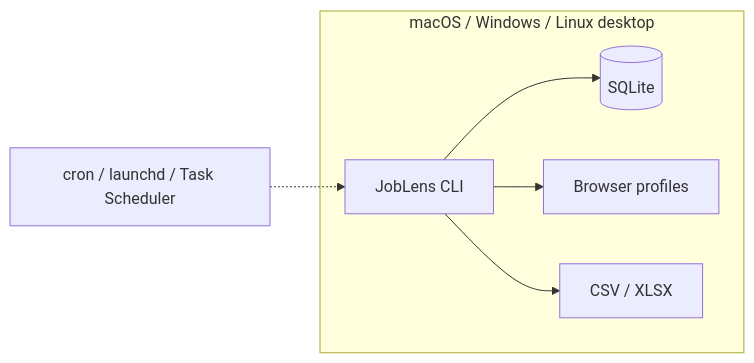
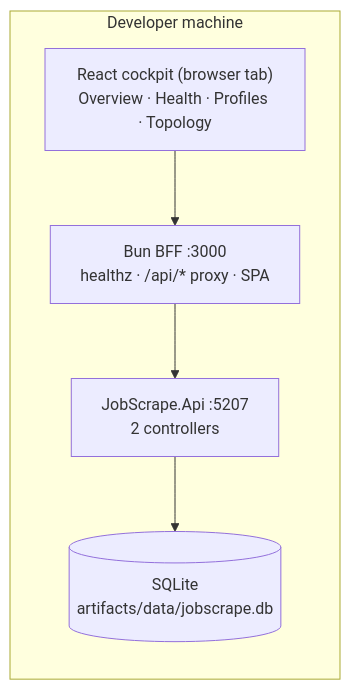
Before and after one commit to AslamNazeerShaikh/PlaywrightDotNet: the tenth of 10 diagrams in docs/02-architecture.md, drawn with Mermaid. The commit also changed other lines of this file and 3 other files, not shown here.

First line of the commit message:
docs: ground architecture docs in the implemented codebase with verified mermaid

````diff
--- a/docs/02-architecture.md
+++ b/docs/02-architecture.md
@@ -758,13 +833,12 @@
 ```mermaid
 flowchart LR
-    subgraph Laptop["macOS / Windows / Linux desktop"]
-        CLI["JobLens CLI"]
-        DB[("SQLite")]
-        PROF["Browser profiles"]
-        OUT["CSV / XLSX"]
+    subgraph Desk["Developer machine"]
+        BFF["Bun BFF :3000<br/>healthz · /api/* proxy · SPA"]
+        API["JobScrape.Api :5207<br/>2 controllers"]
+        DB[("SQLite<br/>artifacts/data/jobscrape.db")]
+        UI["React cockpit (browser tab)<br/>Overview · Health · Profiles · Topology"]
     end
-    CLI --> DB
-    CLI --> PROF
-    CLI --> OUT
-    SCH["cron / launchd / Task Scheduler"] -.-> CLI
+    UI --> BFF
+    BFF --> API
+    API --> DB
 ```
````
